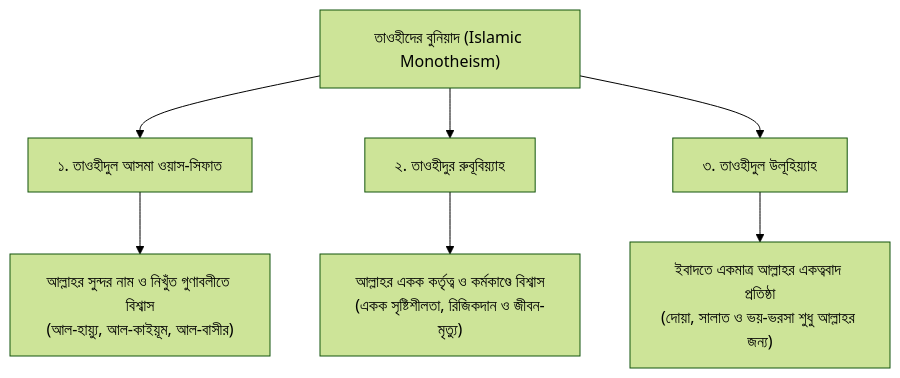
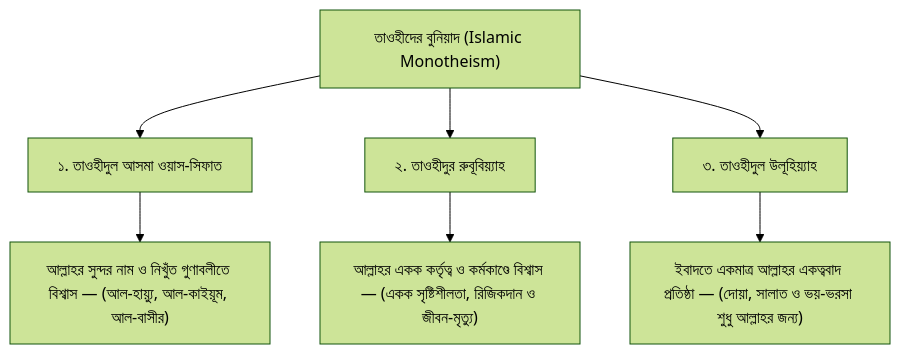
Before and after one commit to abuabddullah/basic-islam: the diagram in basic_islam_for_kids/অধ্যায়_০১_মুসলিম_স্বকীয়তা_অন্ধ_অনুকরণ_বর্জন_ও_জীবনের_আদব.md, drawn with Mermaid (forest theme). The commit also changed 172 other files, not shown here.

````diff
--- a/basic_islam_for_kids/অধ্যায়_০১_মুসলিম_স্বকীয়তা_অন্ধ_অনুকরণ_বর্জন_ও_জীবনের_আদব.md
+++ b/basic_islam_for_kids/অধ্যায়_০১_মুসলিম_স্বকীয়তা_অন্ধ_অনুকরণ_বর্জন_ও_জীবনের_আদব.md
@@ -117,10 +117,10 @@
 ```mermaid
 flowchart TD
     T["তাওহীদের বুনিয়াদ (Islamic Monotheism)"] --> A["১. তাওহীদুল আসমা ওয়াস-সিফাত"]
     T --> B["২. তাওহীদুর রুবূবিয়্যাহ"]
     T --> C["৩. তাওহীদুল উলূহিয়্যাহ"]
 
-    A --> A1["আল্লাহর সুন্দর নাম ও নিখুঁত গুণাবলীতে বিশ্বাস<br>(আল-হায়্যু, আল-কাইয়ূম, আল-বাসীর)"]
-    B --> B1["আল্লাহর একক কর্তৃত্ব ও কর্মকাণ্ডে বিশ্বাস<br>(একক সৃষ্টিশীলতা, রিজিকদান ও জীবন-মৃত্যু)"]
-    C --> C1["ইবাদতে একমাত্র আল্লাহর একত্ববাদ প্রতিষ্ঠা<br>(দোয়া, সালাত ও ভয়-ভরসা শুধু আল্লাহর জন্য)"]
+    A --> A1["আল্লাহর সুন্দর নাম ও নিখুঁত গুণাবলীতে বিশ্বাস — (আল-হায়্যু, আল-কাইয়ূম, আল-বাসীর)"]
+    B --> B1["আল্লাহর একক কর্তৃত্ব ও কর্মকাণ্ডে বিশ্বাস — (একক সৃষ্টিশীলতা, রিজিকদান ও জীবন-মৃত্যু)"]
+    C --> C1["ইবাদতে একমাত্র আল্লাহর একত্ববাদ প্রতিষ্ঠা — (দোয়া, সালাত ও ভয়-ভরসা শুধু আল্লাহর জন্য)"]
 ```
````
